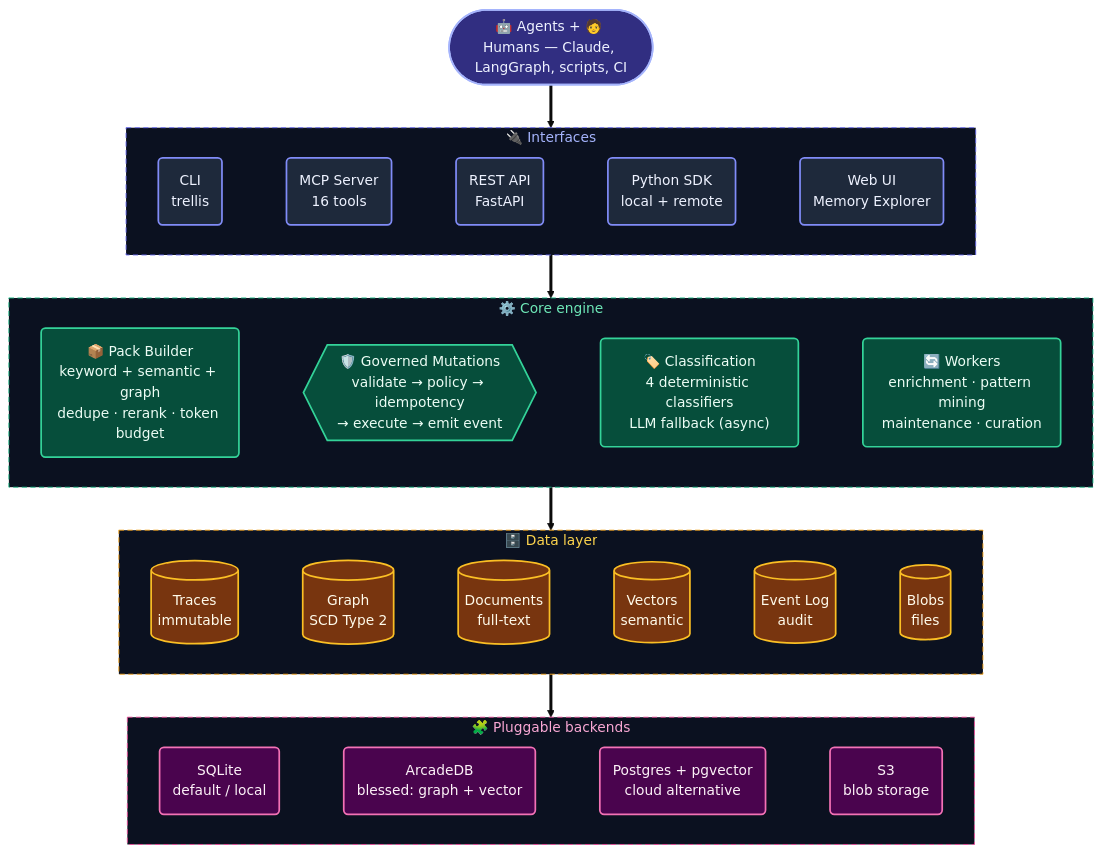
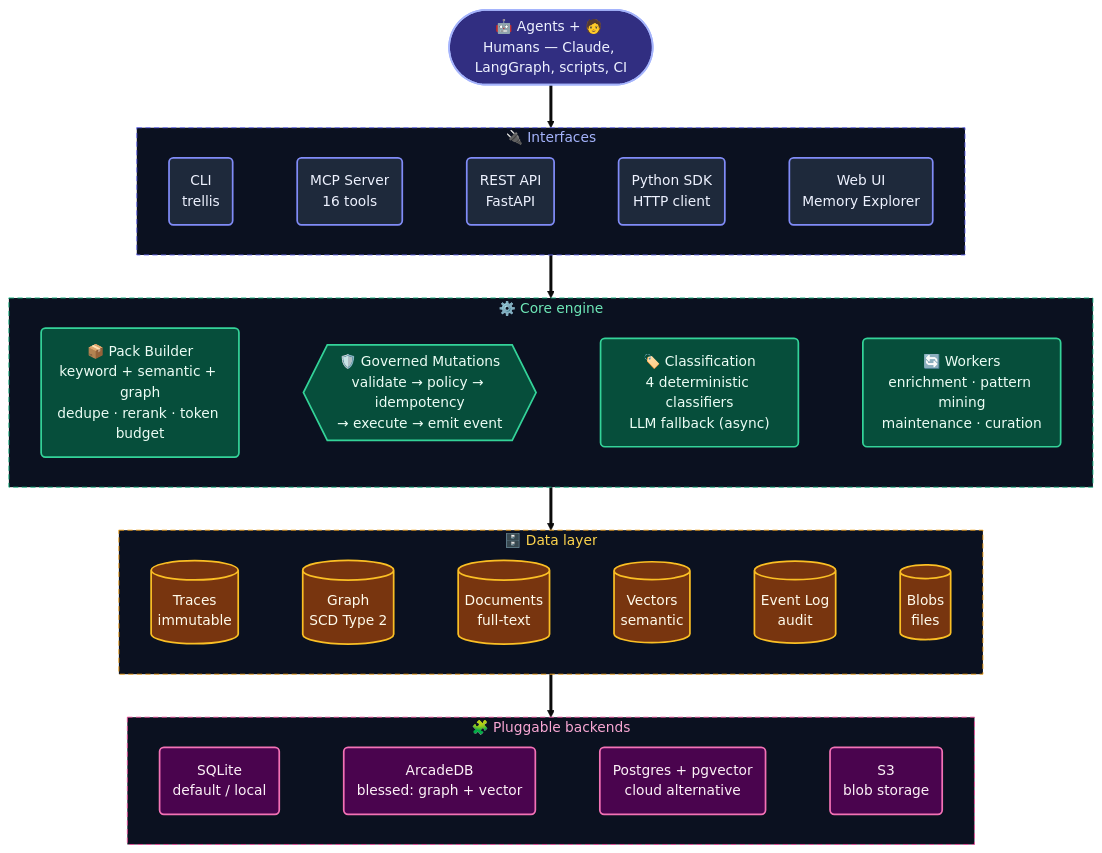
The second of 6 diagrams in README.md (ronsse/trellis-ai), drawn with Mermaid (base theme) before and after one commit. The commit also changed other lines of this file, not shown here.

First line of the commit message:
docs(readme): the Python SDK is HTTP-only

````diff
--- a/README.md
+++ b/README.md
@@ -107,44 +107,44 @@
 ```mermaid
 flowchart TB
     Users(["🤖 Agents + 🧑 Humans — Claude, LangGraph, scripts, CI"])
 
     subgraph Interfaces["🔌 Interfaces"]
         direction LR
-        CLI("CLI<br/>trellis") ~~~ MCP("MCP Server<br/>16 tools") ~~~ REST("REST API<br/>FastAPI") ~~~ SDK("Python SDK<br/>local + remote") ~~~ UI("Web UI<br/>Memory Explorer")
+        CLI("CLI<br/>trellis") ~~~ MCP("MCP Server<br/>16 tools") ~~~ REST("REST API<br/>FastAPI") ~~~ SDK("Python SDK<br/>HTTP client") ~~~ UI("Web UI<br/>Memory Explorer")
     end
 
     subgraph Core["⚙️ Core engine"]
         direction LR
         PB("📦 Pack Builder<br/>keyword + semantic + graph<br/>dedupe · rerank · token budget") ~~~ GP{{"🛡️ Governed Mutations<br/>validate → policy → idempotency<br/>→ execute → emit event"}} ~~~ CL("🏷️ Classification<br/>4 deterministic classifiers<br/>LLM fallback (async)") ~~~ WK("🔄 Workers<br/>enrichment · pattern mining<br/>maintenance · curation")
     end
 
     subgraph Data["🗄️ Data layer"]
         direction LR
         TR[("Traces<br/>immutable")] ~~~ GR[("Graph<br/>SCD Type 2")] ~~~ DO[("Documents<br/>full-text")] ~~~ VE[("Vectors<br/>semantic")] ~~~ EL[("Event Log<br/>audit")] ~~~ BL[("Blobs<br/>files")]
     end
 
     subgraph Backends["🧩 Pluggable backends"]
         direction LR
         SQ("SQLite<br/>default / local") ~~~ AR("ArcadeDB<br/>blessed: graph + vector") ~~~ PG("Postgres + pgvector<br/>cloud alternative") ~~~ S3("S3<br/>blob storage")
     end
 
     Users ==> Interfaces
     Interfaces ==> Core
     Core ==> Data
     Data ==> Backends
 
     classDef iface fill:#1e293b,stroke:#818cf8,stroke-width:2px,color:#eef2ff;
     classDef agent fill:#312e81,stroke:#a5b4fc,stroke-width:2px,color:#eef2ff;
     classDef core fill:#064e3b,stroke:#34d399,stroke-width:2px,color:#ecfdf5;
     classDef data fill:#78350f,stroke:#fbbf24,stroke-width:2px,color:#fffbeb;
     classDef back fill:#4a044e,stroke:#f472b6,stroke-width:2px,color:#fdf2f8;
     class CLI,MCP,REST,SDK,UI iface;
     class Users agent;
     class PB,GP,CL,WK core;
     class TR,GR,DO,VE,EL,BL data;
     class SQ,PG,S3,AR back;
     style Interfaces fill:#0b1120,stroke:#6366f1,stroke-width:1px,stroke-dasharray:6 4,color:#a5b4fc;
     style Core fill:#0b1120,stroke:#10b981,stroke-width:1px,stroke-dasharray:6 4,color:#6ee7b7;
     style Data fill:#0b1120,stroke:#f59e0b,stroke-width:1px,stroke-dasharray:6 4,color:#fcd34d;
     style Backends fill:#0b1120,stroke:#ec4899,stroke-width:1px,stroke-dasharray:6 4,color:#f9a8d4;
 ```
````
